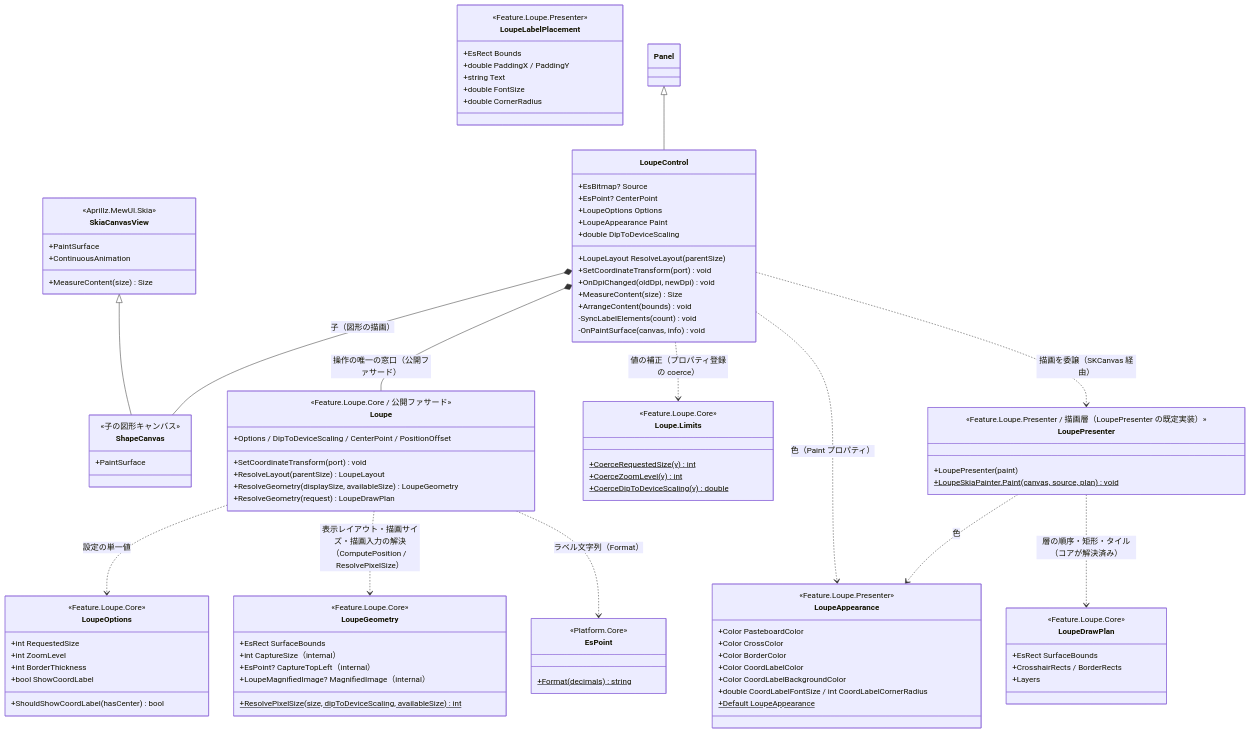
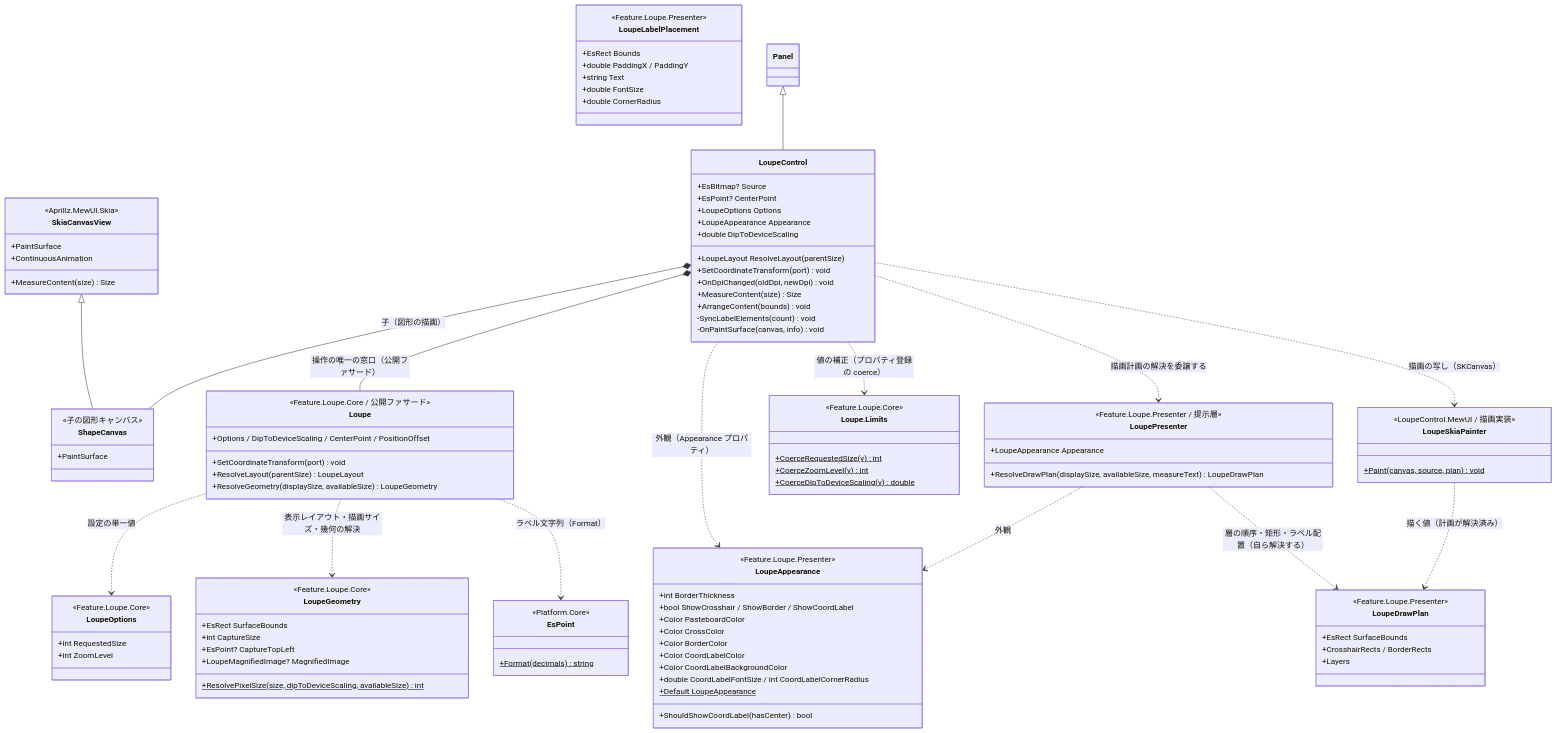
One commit to tomokuni/SaveEvidence changed the first of 2 diagrams in src/LoupeControl.MewUI/SPEC_System.md. Above: the diagram before and after it, drawn with Mermaid. The commit also changed other lines of this file and 24 other files, not shown here.

````diff
--- a/src/LoupeControl.MewUI/SPEC_System.md
+++ b/src/LoupeControl.MewUI/SPEC_System.md
@@ -85,7 +84,7 @@
         +EsBitmap? Source
         +EsPoint? CenterPoint
         +LoupeOptions Options
-        +LoupeAppearance Paint
+        +LoupeAppearance Appearance
         +double DipToDeviceScaling
         +LoupeLayout ResolveLayout(parentSize)
         +SetCoordinateTransform(port) void
@@ -103,24 +102,28 @@
         <<Feature.Loupe.Core>>
         +int RequestedSize
         +int ZoomLevel
-                +int BorderThickness
-        +bool ShowCoordLabel
-        +ShouldShowCoordLabel(hasCenter) bool
     }
     class LoupeAppearance {
         <<Feature.Loupe.Presenter>>
+        +int BorderThickness
+        +bool ShowCrosshair / ShowBorder / ShowCoordLabel
+        +ShouldShowCoordLabel(hasCenter) bool
         +Color PasteboardColor
         +Color CrossColor
-                        +Color BorderColor
+        +Color BorderColor
         +Color CoordLabelColor
         +Color CoordLabelBackgroundColor
         +double CoordLabelFontSize / int CoordLabelCornerRadius
         +Default LoupeAppearance$
     }
     class LoupePresenter {
-        <<Feature.Loupe.Presenter / 描画層（LoupePresenter の既定実装）>>
-        +LoupePresenter(paint)
-        +LoupeSkiaPainter.Paint(canvas, source, plan)$ void
+        <<Feature.Loupe.Presenter / 提示層>>
+        +LoupeAppearance Appearance
+        +ResolveDrawPlan(displaySize, availableSize, measureText) LoupeDrawPlan
+    }
+    class LoupeSkiaPainter {
+        <<LoupeControl.MewUI / 描画実装>>
+        +Paint(canvas, source, plan) void$
     }
     class Loupe.Limits {
         <<Feature.Loupe.Core>>
@@ -129,7 +132,7 @@
         +CoerceDipToDeviceScaling(v) double$
     }
     class LoupeDrawPlan {
-        <<Feature.Loupe.Core>>
+        <<Feature.Loupe.Presenter>>
         +EsRect SurfaceBounds
                 +CrosshairRects / BorderRects
         +Layers
@@ -137,9 +140,9 @@
     class LoupeGeometry {
         <<Feature.Loupe.Core>>
         +EsRect SurfaceBounds
-        +int CaptureSize（internal）
-        +EsPoint? CaptureTopLeft（internal）
-        +LoupeMagnifiedImage? MagnifiedImage（internal）
+        +int CaptureSize
+        +EsPoint? CaptureTopLeft
+        +LoupeMagnifiedImage? MagnifiedImage
         +ResolvePixelSize(size, dipToDeviceScaling, availableSize) int$
     }
     class LoupeLabelPlacement {
@@ -156,7 +159,6 @@
         +SetCoordinateTransform(port) void
         +ResolveLayout(parentSize) LoupeLayout
         +ResolveGeometry(displaySize, availableSize) LoupeGeometry
-        +ResolveGeometry(request) LoupeDrawPlan
     }
     class EsPoint {
         <<Platform.Core>>
@@ -167,12 +169,14 @@
     Panel <|-- LoupeControl
     LoupeControl *-- ShapeCanvas : 子（図形の描画）
     LoupeControl *-- Loupe : 操作の唯一の窓口（公開ファサード）
-    LoupeControl ..> LoupePresenter : 描画を委譲（SKCanvas 経由）
-    LoupeControl ..> LoupeAppearance : 色（Paint プロパティ）
-    LoupePresenter ..> LoupeAppearance : 色
+    LoupeControl ..> LoupePresenter : 描画計画の解決を委譲する
+    LoupeControl ..> LoupeAppearance : 外観（Appearance プロパティ）
+    LoupeControl ..> LoupeSkiaPainter : 描画の写し（SKCanvas）
+    LoupePresenter ..> LoupeAppearance : 外観
+    LoupePresenter ..> LoupeDrawPlan : 層の順序・矩形・ラベル配置（自ら解決する）
+    LoupeSkiaPainter ..> LoupeDrawPlan : 描く値（計画が解決済み）
     Loupe ..> LoupeOptions : 設定の単一値
-    LoupePresenter ..> LoupeDrawPlan : 層の順序・矩形・タイル（コアが解決済み）
     LoupeControl ..> Loupe.Limits : 値の補正（プロパティ登録の coerce）
-    Loupe ..> LoupeGeometry : 表示レイアウト・描画サイズ・描画入力の解決（ComputePosition / ResolvePixelSize）
+    Loupe ..> LoupeGeometry : 表示レイアウト・描画サイズ・幾何の解決
     Loupe ..> EsPoint : ラベル文字列（Format）
 ```
````
